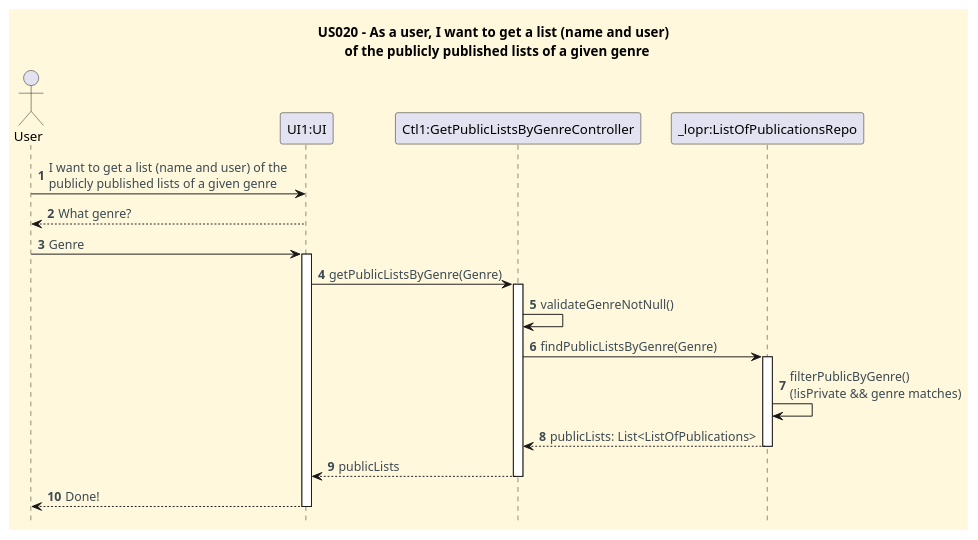
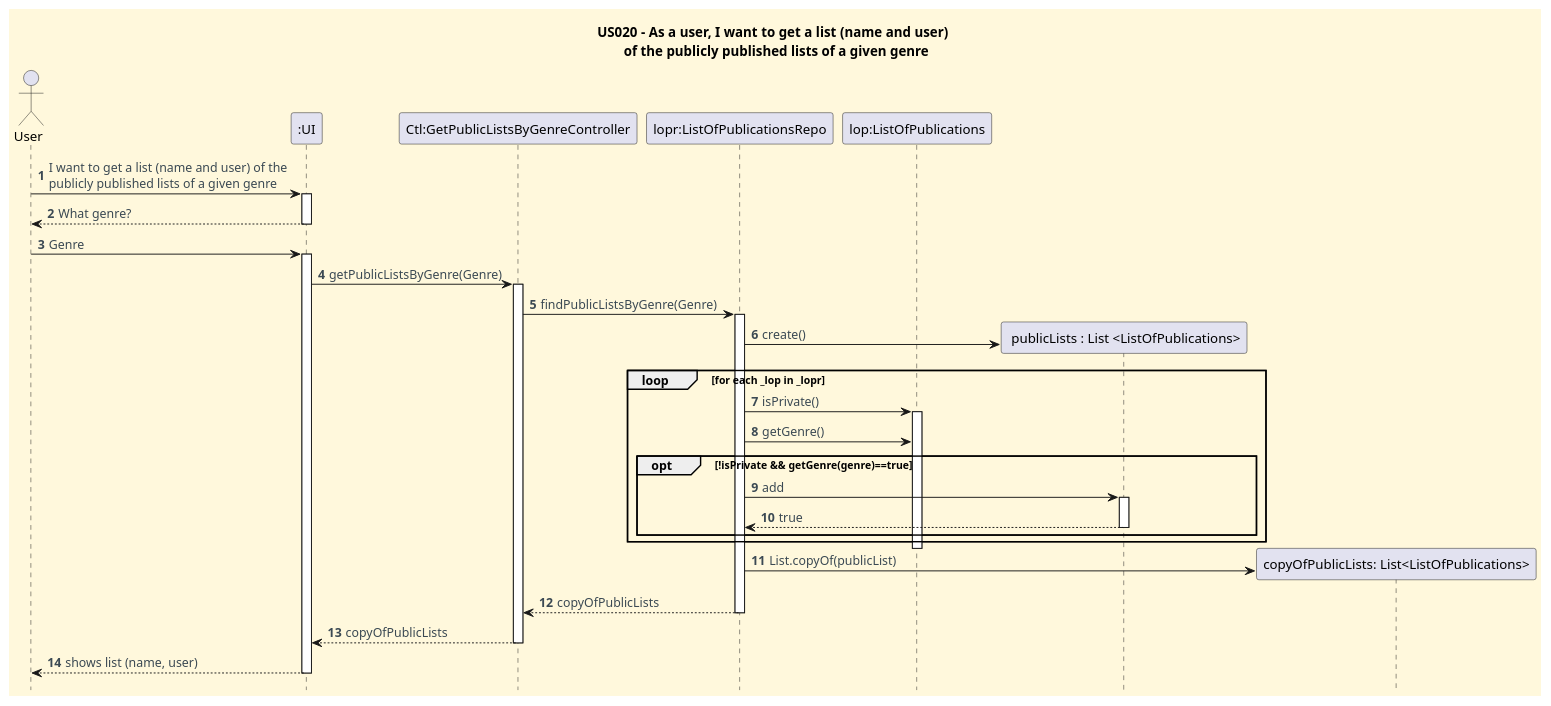
The diagram in docs/userStories/US020/US020_get_a_list_given_genres_SD.puml (CarolinaLeite-collab/JavaMarketplacePlatform), drawn with PlantUML before and after one commit. The commit also changed 1 other file, not shown here.

Commit message:
Update SD and CD diagrams for US020, closes #254

```diff
--- a/docs/userStories/US020/US020_get_a_list_given_genres_SD.puml
+++ b/docs/userStories/US020/US020_get_a_list_given_genres_SD.puml
@@ -1,48 +1,73 @@
 @startuml
 title US020 - As a user, I want to get a list (name and user) \n of the publicly published lists of a given genre
 hidefootbox
 
 '==== basic style ====
 skinparam monochrome false
 skinparam shadowing false
 skinparam defaultFontName Futura
 skinparam objectFontSize 20
 skinparam backgroundColor CornSilk
 skinparam objectBackgroundColor WhiteSmoke
 skinparam noteBackgroundColor #FFFFE0
 skinparam ArrowFontColor #3B4953
 skinparam ActivationBackgroundColor black
 
 autonumber
 autoactivate off
 
 
 actor User as U
-participant "UI1:UI" as UI
-participant "Ctl1:GetPublicListsByGenreController" as C
-participant "_lopr:ListOfPublicationsRepo" as R
+participant ":UI" as UI
+participant "Ctl:GetPublicListsByGenreController" as C
+participant "lopr:ListOfPublicationsRepo" as R
+participant "lop:ListOfPublications" as lop
+
 
 U -> UI: I want to get a list (name and user) of the \npublicly published lists of a given genre
+activate UI
 UI --> U: What genre?
+deactivate UI
 
 U -> UI: Genre
 activate UI
 
 UI -> C: getPublicListsByGenre(Genre)
 activate C
 
-C -> C: validateGenreNotNull()
 C -> R: findPublicListsByGenre(Genre)
 activate R
 
-R -> R: filterPublicByGenre()\n(!isPrivate && genre matches)
-R --> C: publicLists: List<ListOfPublications>
+create " publicLists : List <ListOfPublications>" as List
+R -> List: create()
+
+
+loop for each _lop in _lopr
+    R -> lop: isPrivate()
+    activate lop
+    R -> lop: getGenre()
+    opt !isPrivate && getGenre(genre)==true
+
+        R -> List : add
+        activate List
+        List --> R : true
+        deactivate List
+
+    end
+end
+deactivate lop
+
+
+
+create "copyOfPublicLists: List<ListOfPublications>" as Copy
+R -> Copy: List.copyOf(publicList)
+R --> C: copyOfPublicLists
 deactivate R
 
-C --> UI: publicLists
+C --> UI: copyOfPublicLists
 deactivate C
 
-UI --> U: Done!
+UI --> U: shows list (name, user)
 deactivate UI
 
 @enduml
```
